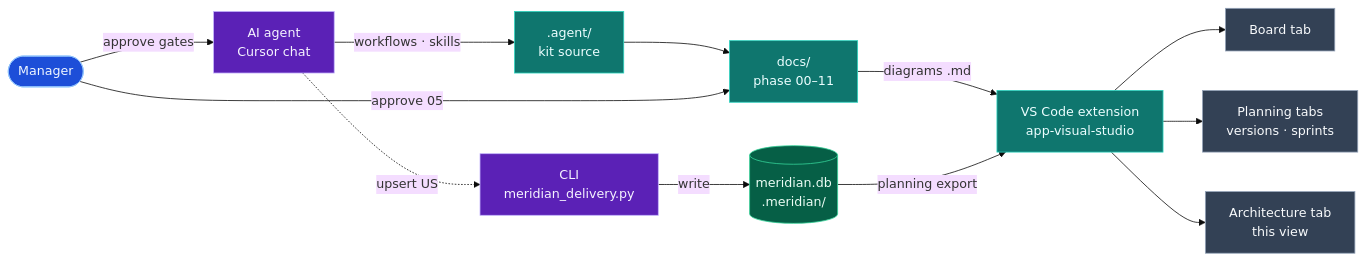
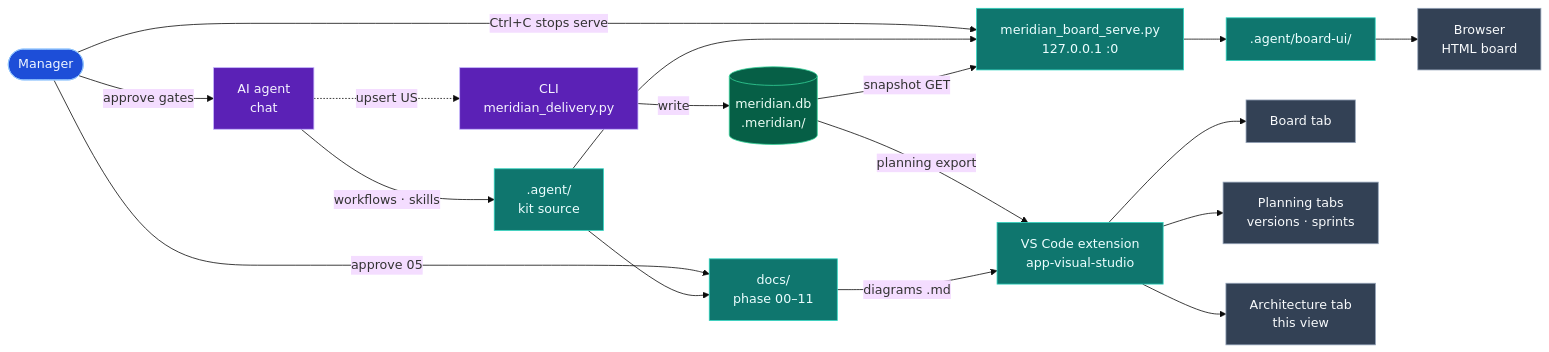
The diagram in docs/architecture/diagrams/meridian-runtime.md (colabcolibri/meridian), drawn with Mermaid (base theme) before and after one commit. The commit also changed other lines of this file and 45 other files, not shown here.

First line of the commit message:
feat(kit): add local HTML delivery monitor on loopback

````diff
--- a/docs/architecture/diagrams/meridian-runtime.md
+++ b/docs/architecture/diagrams/meridian-runtime.md
@@ -11,38 +11,46 @@
 ```mermaid
 flowchart LR
   human([Manager])
-  agent[AI agent<br/>Cursor chat]
+  agent[AI agent<br/>chat]
   kit[".agent/<br/>kit source"]
   docs["docs/<br/>phase 00–11"]
   cli[CLI<br/>meridian_delivery.py]
   sqlite[("meridian.db<br/>.meridian/")]
   ext[VS Code extension<br/>app-visual-studio]
+  htmlServe[meridian_board_serve.py<br/>127.0.0.1 :0]
+  boardUi[".agent/board-ui/"]
   board[Board tab]
   planning[Planning tabs<br/>versions · sprints]
   arch[Architecture tab<br/>this view]
+  browser[Browser<br/>HTML board]
 
   human -->|approve gates| agent
   agent -->|workflows · skills| kit
   kit --> docs
   agent -.->|upsert US| cli
   cli -->|write| sqlite
   docs -->|diagrams .md| ext
   sqlite -->|planning export| ext
+  sqlite -->|snapshot GET| htmlServe
+  kit --> htmlServe
+  htmlServe --> boardUi
+  boardUi --> browser
   ext --> board
   ext --> planning
   ext --> arch
   human -->|approve 05| docs
+  human -->|Ctrl+C stops serve| htmlServe
 
   classDef person fill:#1d4ed8,stroke:#93c5fd,color:#eff6ff
   classDef store fill:#065f46,stroke:#34d399,color:#ecfdf5
   classDef module fill:#0f766e,stroke:#2dd4bf,color:#ecfeff
   classDef workflow fill:#5b21b6,stroke:#c4b5fd,color:#f5f3ff
   classDef ui fill:#334155,stroke:#94a3b8,color:#f8fafc
 
   class human person
   class agent workflow
-  class kit,docs,ext module
+  class kit,docs,ext,htmlServe,boardUi module
   class cli workflow
   class sqlite store
-  class board,planning,arch ui
+  class board,planning,arch,browser ui
 ```
````
